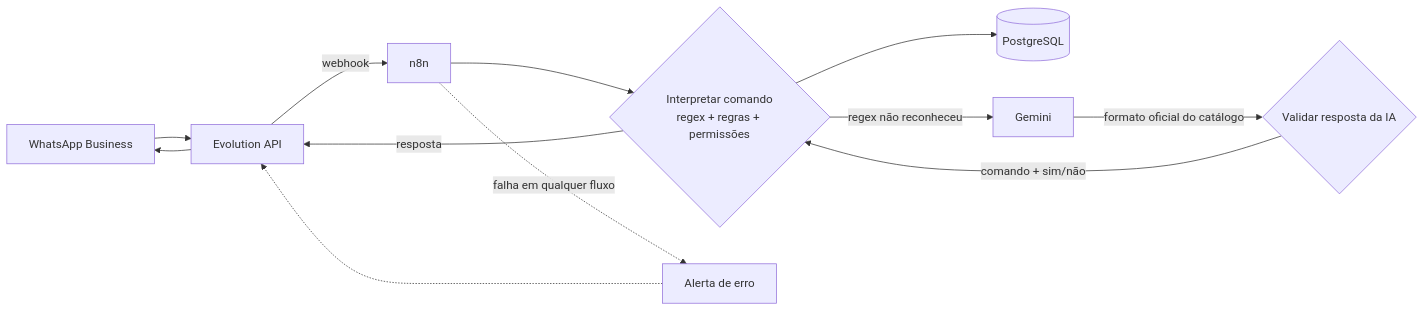
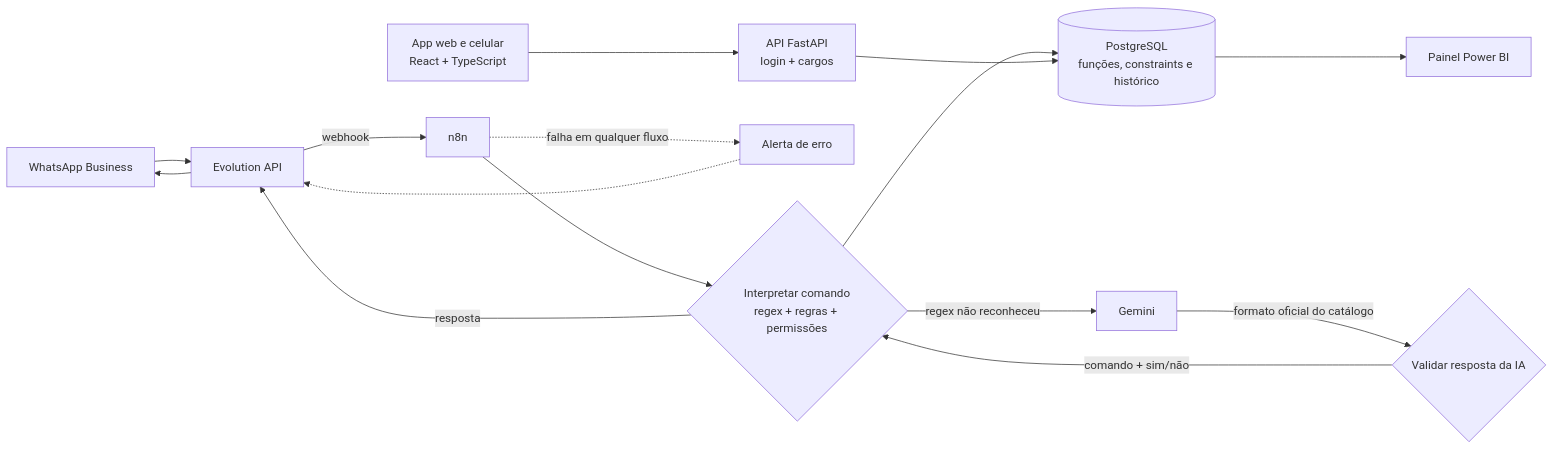
Before and after one commit to danyllo153/labflow-whatsapp-automation: the diagram in README.md, drawn with Mermaid. The commit also changed other lines of this file and 1 other file, not shown here.

First line of the commit message:
docs: README completo com o app, a Lite e o vídeo de demonstração (#380)

````diff
--- a/README.md
+++ b/README.md
@@ -189,13 +193,16 @@
 ```mermaid
 flowchart LR
     A[WhatsApp Business] --> B[Evolution API]
     B -- webhook --> C[n8n]
-    C --> D{Interpretar comando<br/>regex + regras + permissões}
-    D --> E[(PostgreSQL)]
+    C --> D{"Interpretar comando<br/>regex + regras + permissões"}
+    D --> E[("PostgreSQL<br/>funções, constraints e histórico")]
     D -- "regex não reconheceu" --> F[Gemini]
     F -- "formato oficial do catálogo" --> G{Validar resposta da IA}
     G -- "comando + sim/não" --> D
     D -- resposta --> B
     B --> A
     C -. "falha em qualquer fluxo" .-> H[Alerta de erro] -.-> B
+    U["App web e celular<br/>React + TypeScript"] --> API["API FastAPI<br/>login + cargos"]
+    API --> E
+    E --> BI[Painel Power BI]
 ```
````
